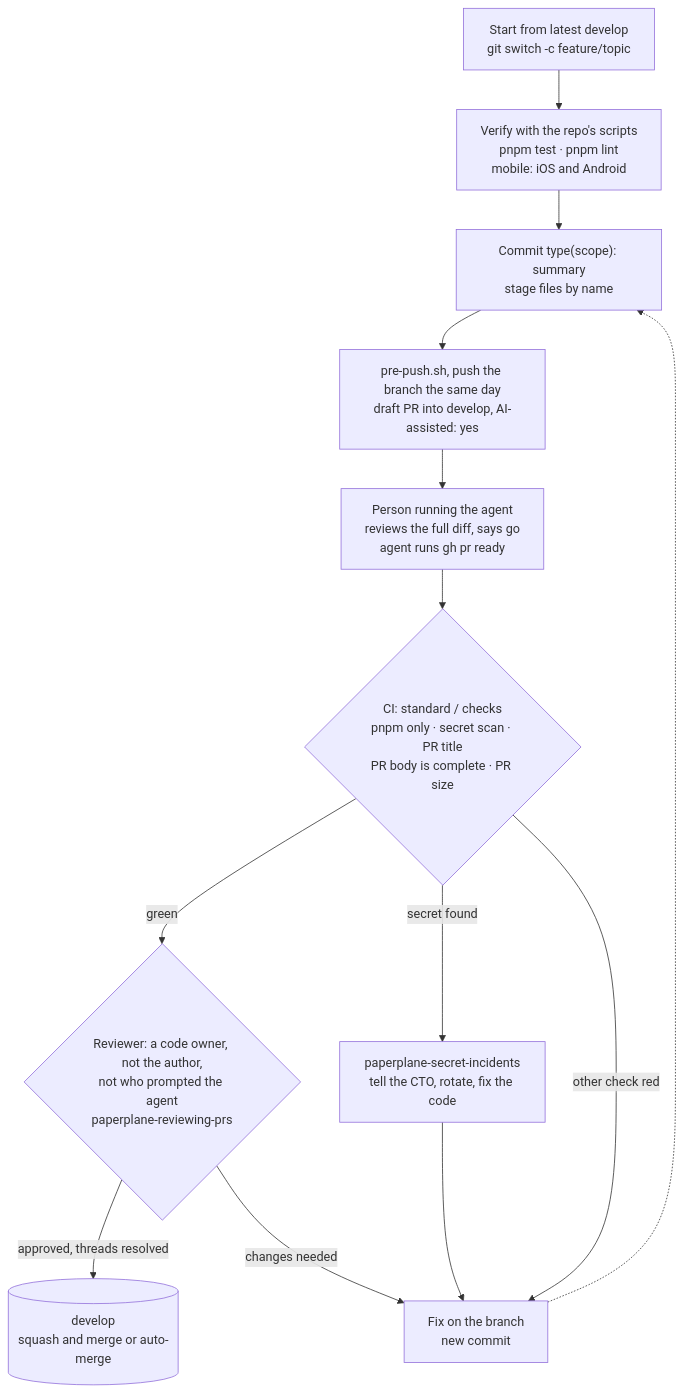
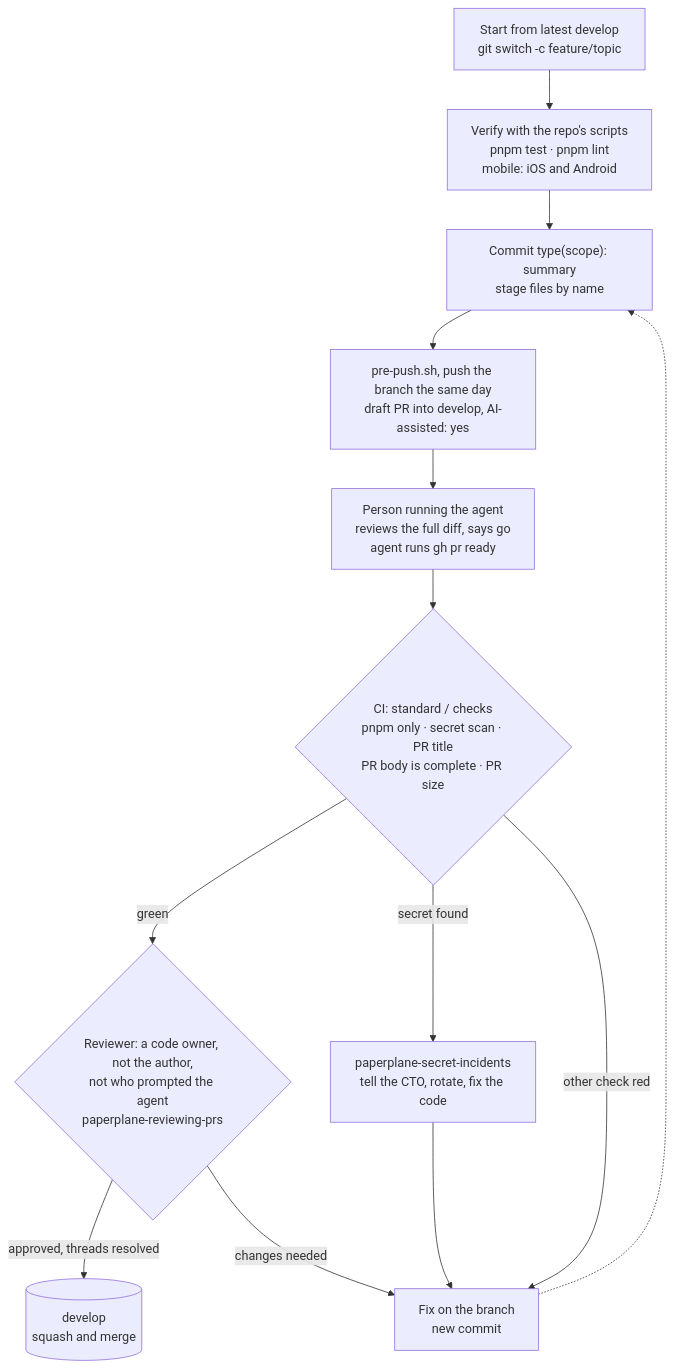
One commit to Jacob-Valor/paperplane-engineering-workflow-skills changed the first of 2 diagrams in README.md. Above: the diagram before and after it, drawn with Mermaid. The commit also changed other lines of this file and 49 other files, not shown here.

````diff
--- a/README.md
+++ b/README.md
@@ -120,15 +119,15 @@
 ```mermaid
 flowchart TD
   A["Start from latest develop<br/>git switch -c feature/topic"] --> B["Verify with the repo's scripts<br/>pnpm test · pnpm lint<br/>mobile: iOS and Android"]
   B --> C["Commit type(scope): summary<br/>stage files by name"]
   C --> F["pre-push.sh, push the branch the same day<br/>draft PR into develop, AI-assisted: yes"]
   F --> E["Person running the agent<br/>reviews the full diff, says go<br/>agent runs gh pr ready"]
   E --> G{"CI: standard / checks<br/>pnpm only · secret scan · PR title<br/>PR body is complete · PR size"}
   G -->|"green"| R{"Reviewer: a code owner, not the author,<br/>not who prompted the agent<br/>paperplane-reviewing-prs"}
-  R -->|"approved, threads resolved"| D[("develop<br/>squash and merge or auto-merge")]
+  R -->|"approved, threads resolved"| D[("develop<br/>squash and merge")]
   G -->|"secret found"| S["paperplane-secret-incidents<br/>tell the CTO, rotate, fix the code"]
   G -->|"other check red"| X["Fix on the branch<br/>new commit"]
   R -->|"changes needed"| X
   S --> X
   X -.-> C
 ```
````
